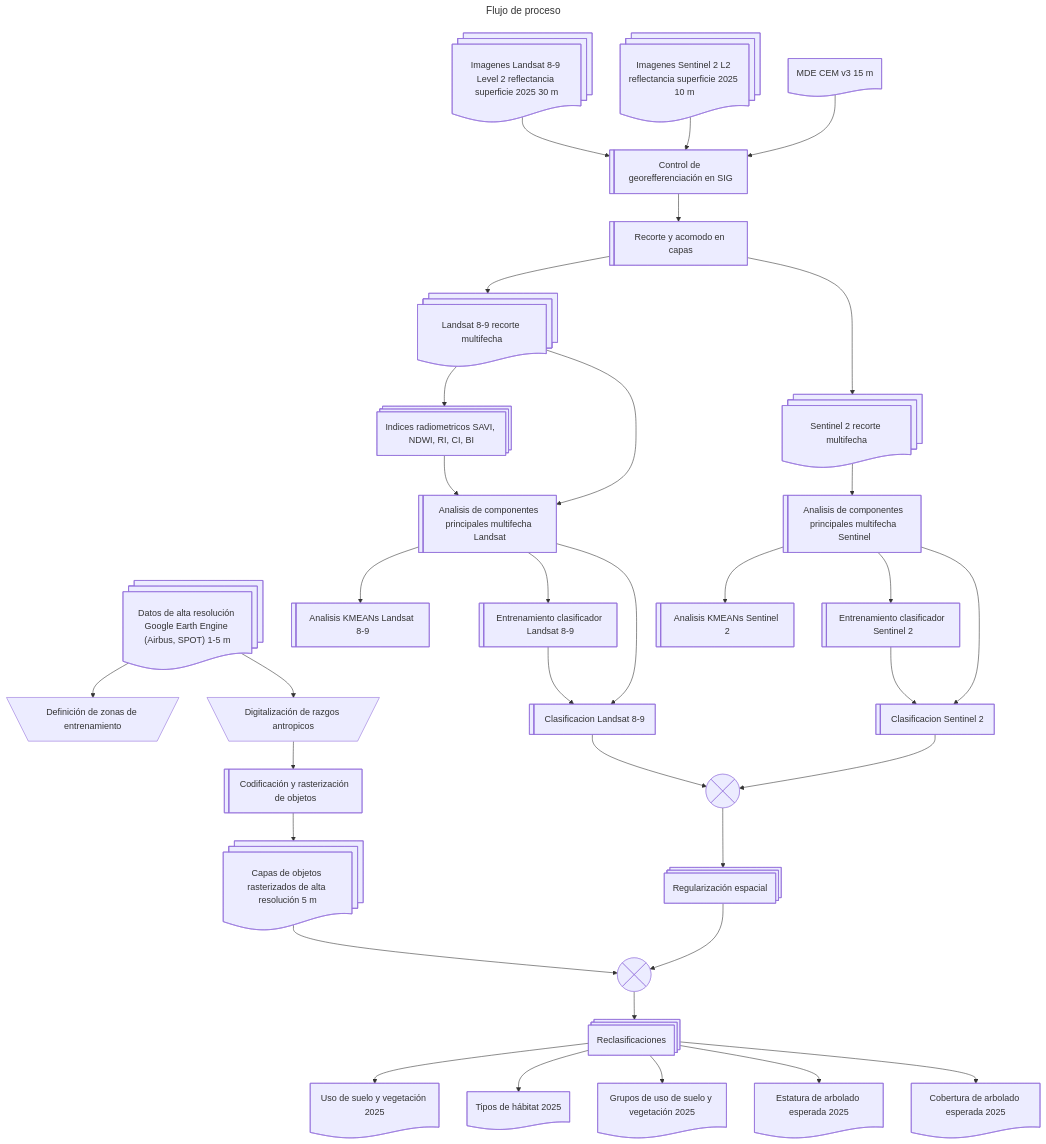
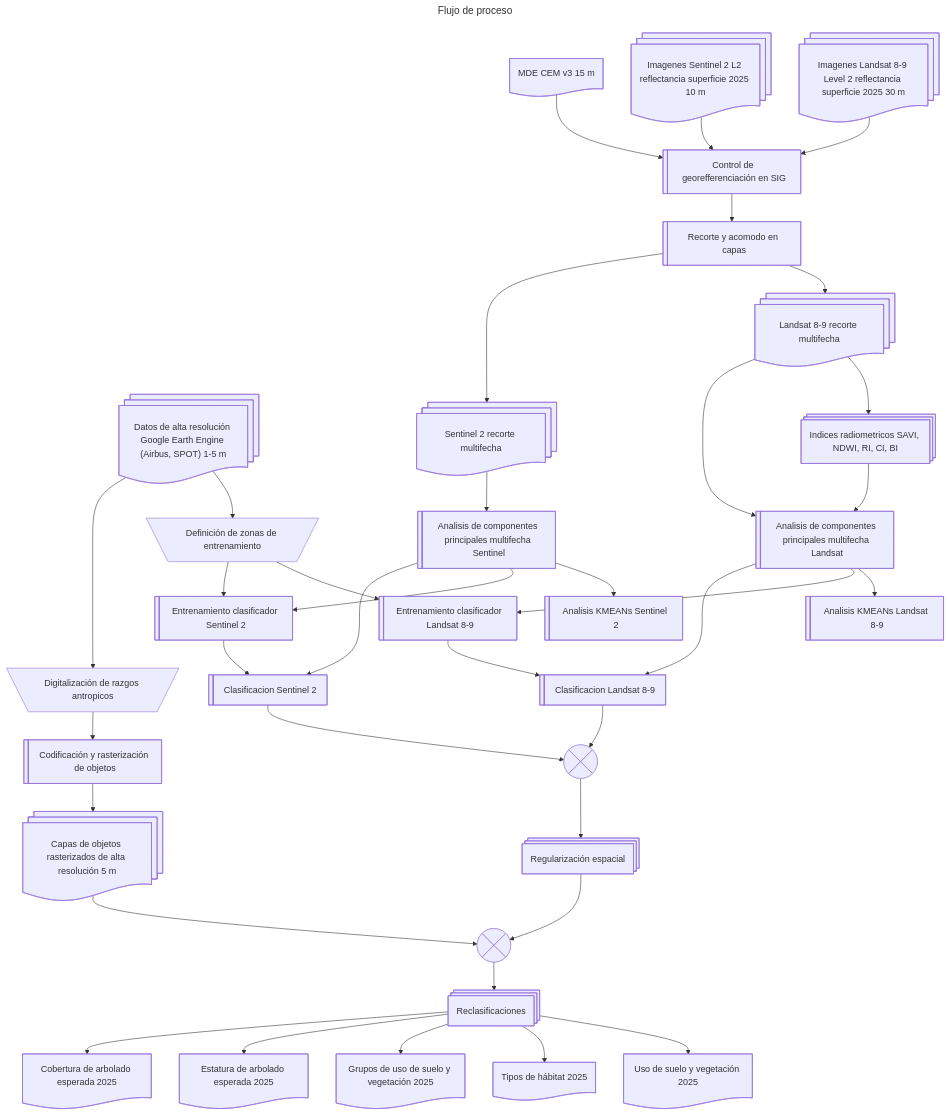
One commit to vshalisko/mixed_GIS_related_scripts changed the diagram in LULC/Tapalpa_flujo_de_proceso.mermaid. Above: the diagram before and after it, drawn with Mermaid.

```diff
--- a/LULC/Tapalpa_flujo_de_proceso.mermaid
+++ b/LULC/Tapalpa_flujo_de_proceso.mermaid
@@ -1,74 +1,76 @@
 ---
 title: Flujo de proceso
 ---
 flowchart TD
     L8@{ shape: docs, label: "Imagenes Landsat 8-9 Level 2 reflectancia superficie 2025 30 m"}
     S2@{ shape: docs, label: "Imagenes Sentinel 2 L2 reflectancia superficie 2025 10 m"}
     HR@{ shape: docs, label: "Datos de alta resolución Google Earth Engine (Airbus, SPOT) 1-5 m"}
     MDE@{ shape: doc, label: "MDE CEM v3 15 m"}
     SIG@{ shape: lin-rect, label: "Control de georefferenciación en SIG"}
     CLIP@{ shape: lin-rect, label: "Recorte y acomodo en capas"}
     SAVI@{ shape: procs, label: "Indices radiometricos SAVI, NDWI, RI, CI, BI"}
     PCA1@{ shape: lin-rect, label: "Analisis de componentes principales multifecha Landsat"}
     PCA2@{ shape: lin-rect, label: "Analisis de componentes principales multifecha Sentinel"}
     L8C@{ shape: docs, label: "Landsat 8-9 recorte multifecha"}
     S2C@{ shape: docs, label: "Sentinel 2 recorte multifecha"}
     DIG@{ shape: trap-t, label: "Digitalización de razgos antropicos"}
     DIGR@{ shape: lin-rect, label: "Codificación y rasterización de objetos"}
     HRR@{ shape: docs, label: "Capas de objetos rasterizados de alta resolución 5 m"}
     TZ@{ shape: trap-t, label: "Definición de zonas de entrenamiento"}
     KMEAN1@{ shape: lin-rect, label: "Analisis KMEANs Landsat 8-9"}
     KMEAN2@{ shape: lin-rect, label: "Analisis KMEANs Sentinel 2"}
     TRAIN1@{ shape: lin-rect, label: "Entrenamiento clasificador Landsat 8-9"}
     TRAIN2@{ shape: lin-rect, label: "Entrenamiento clasificador Sentinel 2"}
     CLASS1@{ shape: lin-rect, label: "Clasificacion Landsat 8-9"}
     CLASS2@{ shape: lin-rect, label: "Clasificacion Sentinel 2"}
     REG@{ shape: procs, label: "Regularización espacial"}
     FUS1@{ shape: cross-circ, label: "Fusión de clasificaicones" }
     FUS2@{ shape: cross-circ, label: "Fusión con objetos rasterizados" }
     RECLASS@{ shape: procs, label: "Reclasificaciones"}
     LULC@{ shape: doc, label: "Uso de suelo y vegetación 2025"}
     LULCG@{ shape: doc, label: "Grupos de uso de suelo y vegetación 2025"}
     LULCH@{ shape: doc, label: "Tipos de hábitat 2025"}
     LULCA@{ shape: doc, label: "Estatura de arbolado esperada 2025"}
     LULCC@{ shape: doc, label: "Cobertura de arbolado esperada 2025"}
 
 
     
 
     L8-->SIG
     S2-->SIG
     MDE-->SIG
     
     SIG-->CLIP
     CLIP-->L8C
     CLIP-->S2C
     L8C-->SAVI
     SAVI-->PCA1
     L8C-->PCA1
     S2C-->PCA2
     PCA1-->KMEAN1
     PCA2-->KMEAN2
     PCA1-->TRAIN1
     PCA2-->TRAIN2
     TRAIN1-->CLASS1
     TRAIN2-->CLASS2
     PCA1-->CLASS1
     PCA2-->CLASS2
     CLASS1-->FUS1
     CLASS2-->FUS1
 
     HR-->TZ
+    TZ-->TRAIN1
+    TZ-->TRAIN2
     HR-->DIG
     DIG-->DIGR
     DIGR-->HRR
     FUS1-->REG
     REG-->FUS2
     HRR-->FUS2
 
     FUS2-->RECLASS
     RECLASS-->LULC
     RECLASS-->LULCH
     RECLASS-->LULCG
     RECLASS-->LULCA
     RECLASS-->LULCC
```
